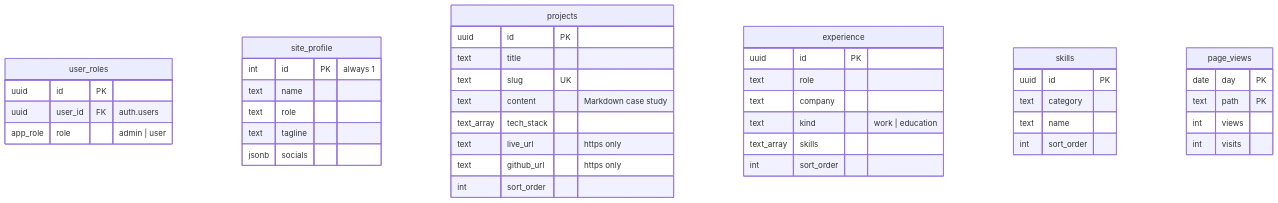
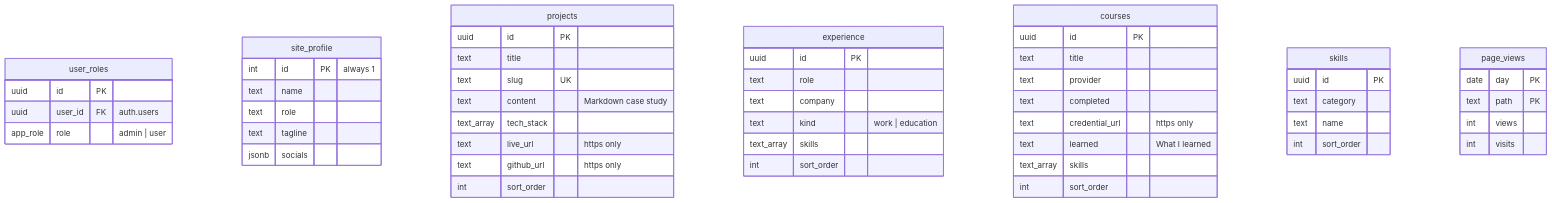
The second of 2 diagrams in README.md (tapiotorsti/torsti-tapiola-website), drawn with Mermaid before and after one commit. The commit also changed other lines of this file and 12 other files, not shown here.

````diff
--- a/README.md
+++ b/README.md
@@ -82,45 +83,55 @@
 ```mermaid
 erDiagram
   user_roles {
     uuid id PK
     uuid user_id FK "auth.users"
     app_role role "admin | user"
   }
   site_profile {
     int id PK "always 1"
     text name
     text role
     text tagline
     jsonb socials
   }
   projects {
     uuid id PK
     text title
     text slug UK
     text content "Markdown case study"
     text_array tech_stack
     text live_url "https only"
     text github_url "https only"
     int sort_order
   }
   experience {
     uuid id PK
     text role
     text company
     text kind "work | education"
     text_array skills
     int sort_order
   }
+  courses {
+    uuid id PK
+    text title
+    text provider
+    text completed
+    text credential_url "https only"
+    text learned "What I learned"
+    text_array skills
+    int sort_order
+  }
   skills {
     uuid id PK
     text category
     text name
     int sort_order
   }
   page_views {
     date day PK
     text path PK
     int views
     int visits
   }
 ```
````
